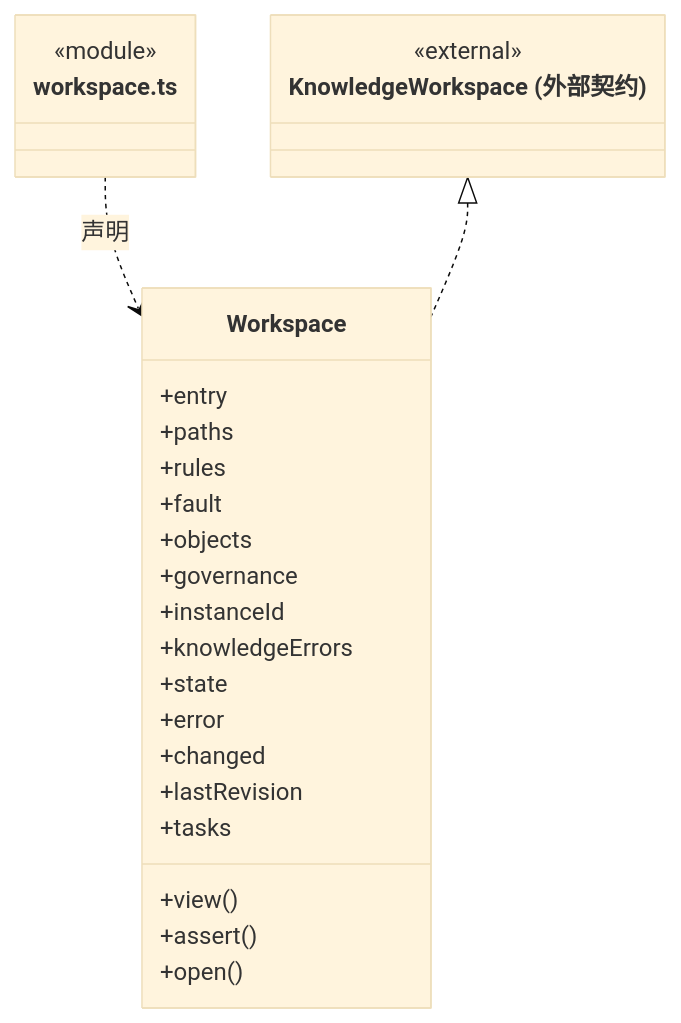
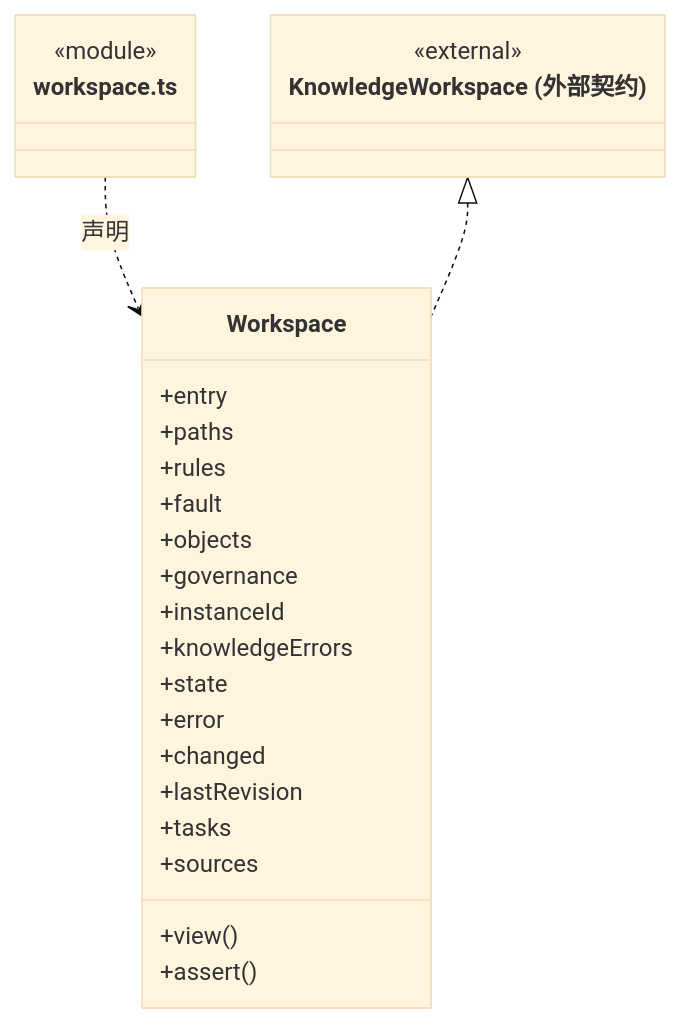
One commit to nan023062/cbim changed the tenth of 15 diagrams in src/backend/main/workspace/ARCHITECTURE.md. Above: the diagram before and after it, drawn with Mermaid (base theme). The commit also changed other lines of this file and 97 other files, not shown here.

````diff
--- a/src/backend/main/workspace/ARCHITECTURE.md
+++ b/src/backend/main/workspace/ARCHITECTURE.md
@@ -199,29 +249,29 @@
 ```mermaid
 classDiagram
 class N_src_backend_main_workspace_workspace_ts["workspace.ts"] {
   <<module>>
 }
 class N_src_backend_main_workspace_workspace_ts_Workspace["Workspace"] {
   +entry
   +paths
   +rules
   +fault
   +objects
   +governance
   +instanceId
   +knowledgeErrors
   +state
   +error
   +changed
   +lastRevision
   +tasks
+  +sources
   +view()
   +assert()
-  +open()
 }
 N_src_backend_main_workspace_workspace_ts ..> N_src_backend_main_workspace_workspace_ts_Workspace : 声明
 class N_src_backend_main_workspace_workspace_ts_external_KnowledgeWorkspace["KnowledgeWorkspace (外部契约)"] {
   <<external>>
 }
 N_src_backend_main_workspace_workspace_ts_external_KnowledgeWorkspace <|.. N_src_backend_main_workspace_workspace_ts_Workspace
 ```
````
